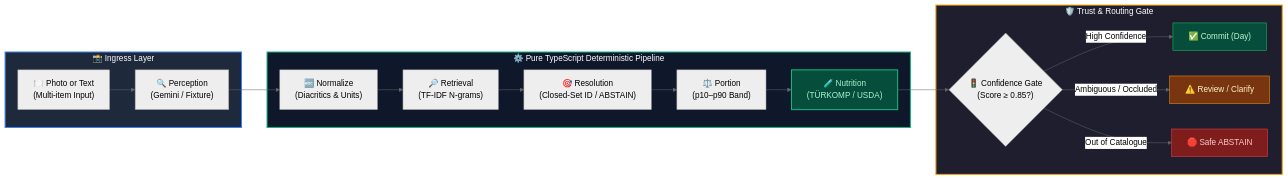
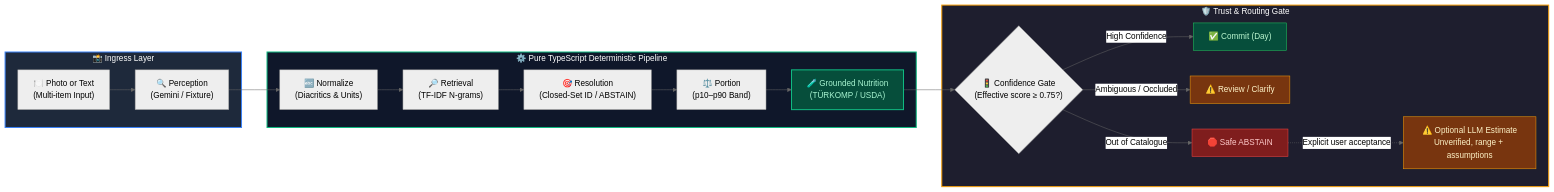
The diagram in README.md (zexy2/mealog-case-study), drawn with Mermaid (neutral theme) before and after one commit. The commit also changed other lines of this file and 3 other files, not shown here.

````diff
--- a/README.md
+++ b/README.md
@@ -108,29 +111,31 @@
 ```mermaid
 flowchart LR
     subgraph Ingress[" 📸 Ingress Layer "]
         A["🍽️ Photo or Text\n(Multi-item Input)"] --> B["🔍 Perception\n(Gemini / Fixture)"]
     end
 
     subgraph CorePipeline[" ⚙️ Pure TypeScript Deterministic Pipeline "]
         B --> C["🔤 Normalize\n(Diacritics & Units)"]
         C --> D["🔎 Retrieval\n(TF-IDF N-grams)"]
         D --> E["🎯 Resolution\n(Closed-Set ID / ABSTAIN)"]
         E --> F["⚖️ Portion\n(p10–p90 Band)"]
-        F --> G["🧪 Nutrition\n(TÜRKOMP / USDA)"]
+        F --> G["🧪 Grounded Nutrition\n(TÜRKOMP / USDA)"]
     end
 
     subgraph TrustGate[" 🛡️ Trust & Routing Gate "]
-        G --> H{"🚦 Confidence Gate\n(Score ≥ 0.85?)"}
+        G --> H{"🚦 Confidence Gate\n(Effective score ≥ 0.75?)"}
         H -->|"High Confidence"| I["✅ Commit (Day)"]
         H -->|"Ambiguous / Occluded"| J["⚠️ Review / Clarify"]
         H -->|"Out of Catalogue"| K["🛑 Safe ABSTAIN"]
+        K -.->|"Explicit user acceptance"| L["⚠️ Optional LLM Estimate\nUnverified, range + assumptions"]
     end
 
     style Ingress fill:#1e293b,stroke:#3b82f6,stroke-width:2px,color:#fff
     style CorePipeline fill:#0f172a,stroke:#10b981,stroke-width:2px,color:#fff
     style TrustGate fill:#1e1e2e,stroke:#f59e0b,stroke-width:2px,color:#fff
     style G fill:#064e3b,stroke:#10b981,stroke-width:2px,color:#a7f3d0
     style I fill:#064e3b,stroke:#22c55e,stroke-width:1px,color:#bbf7d0
     style J fill:#78350f,stroke:#f59e0b,stroke-width:1px,color:#fef3c7
     style K fill:#7f1d1d,stroke:#ef4444,stroke-width:1px,color:#fecaca
+    style L fill:#78350f,stroke:#f59e0b,stroke-width:1px,color:#fef3c7
 ```
````
